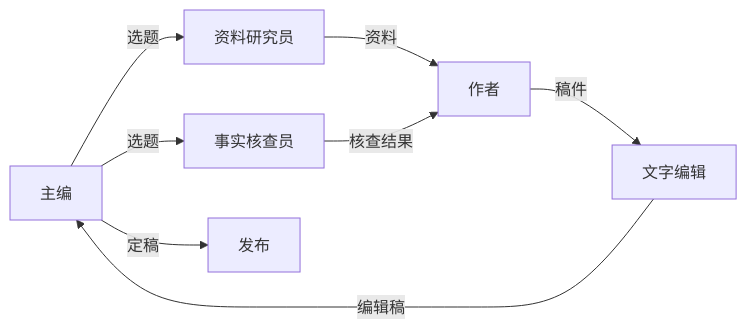
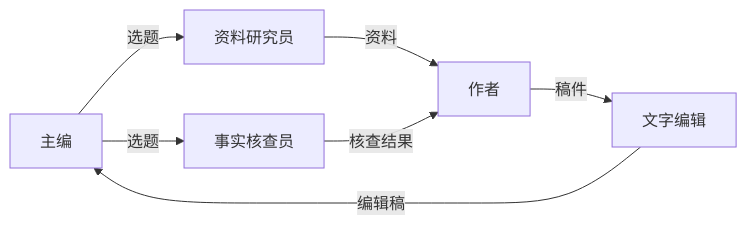
Before and after one commit to icylight/pi-tavern: the fifth of 7 diagrams in README.md, drawn with Mermaid. The commit also changed other lines of this file and 1 other file, not shown here.

````diff
--- a/README.md
+++ b/README.md
@@ -107,9 +107,8 @@
 ```mermaid
 flowchart LR
     ED["主编"] -->|"选题"| RS["资料研究员"] & FC["事实核查员"]
     RS -->|"资料"| AU["作者"]
     FC -->|"核查结果"| AU
     AU -->|"稿件"| CW["文字编辑"]
     CW -->|"编辑稿"| ED
-    ED -->|"定稿"| PUB["发布"]
 ```
````
